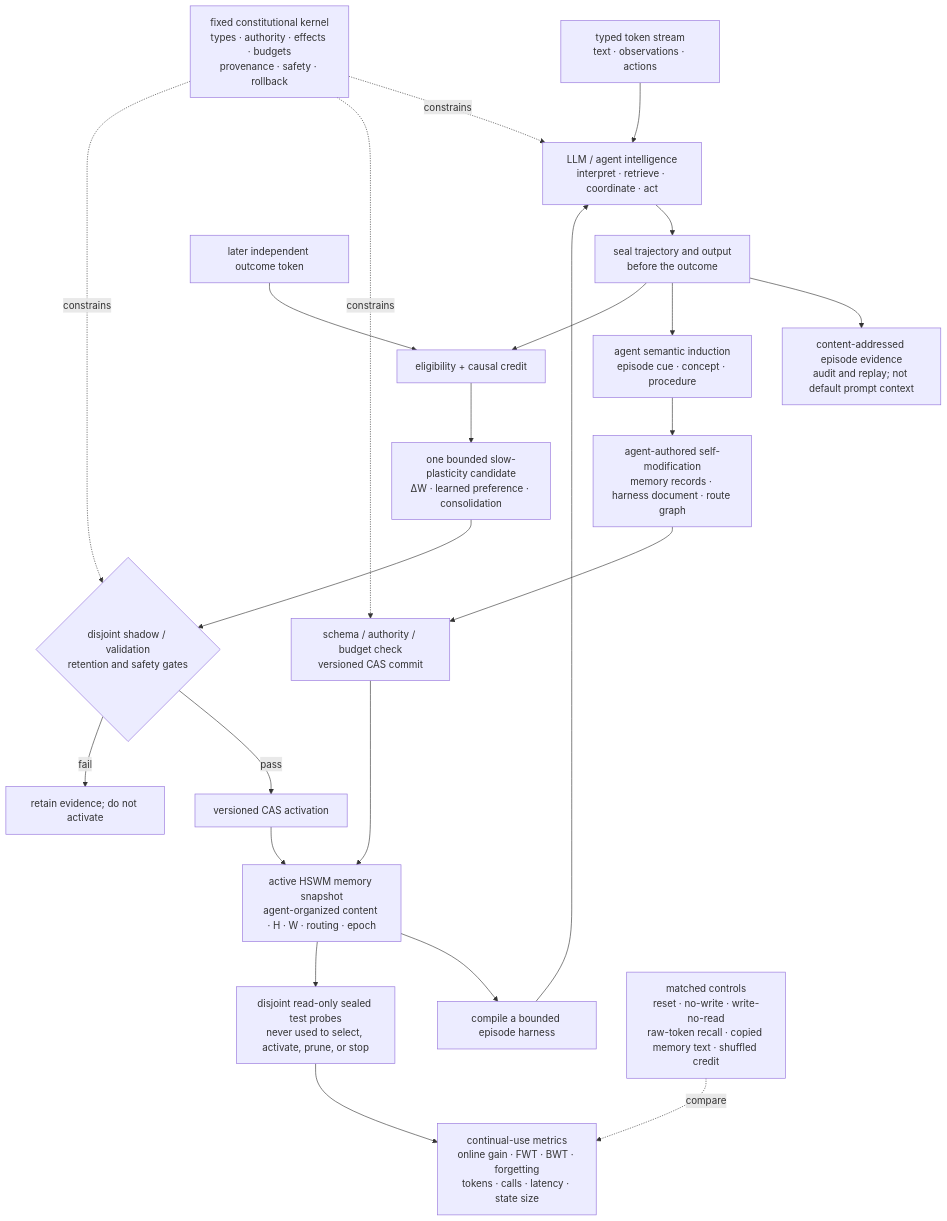
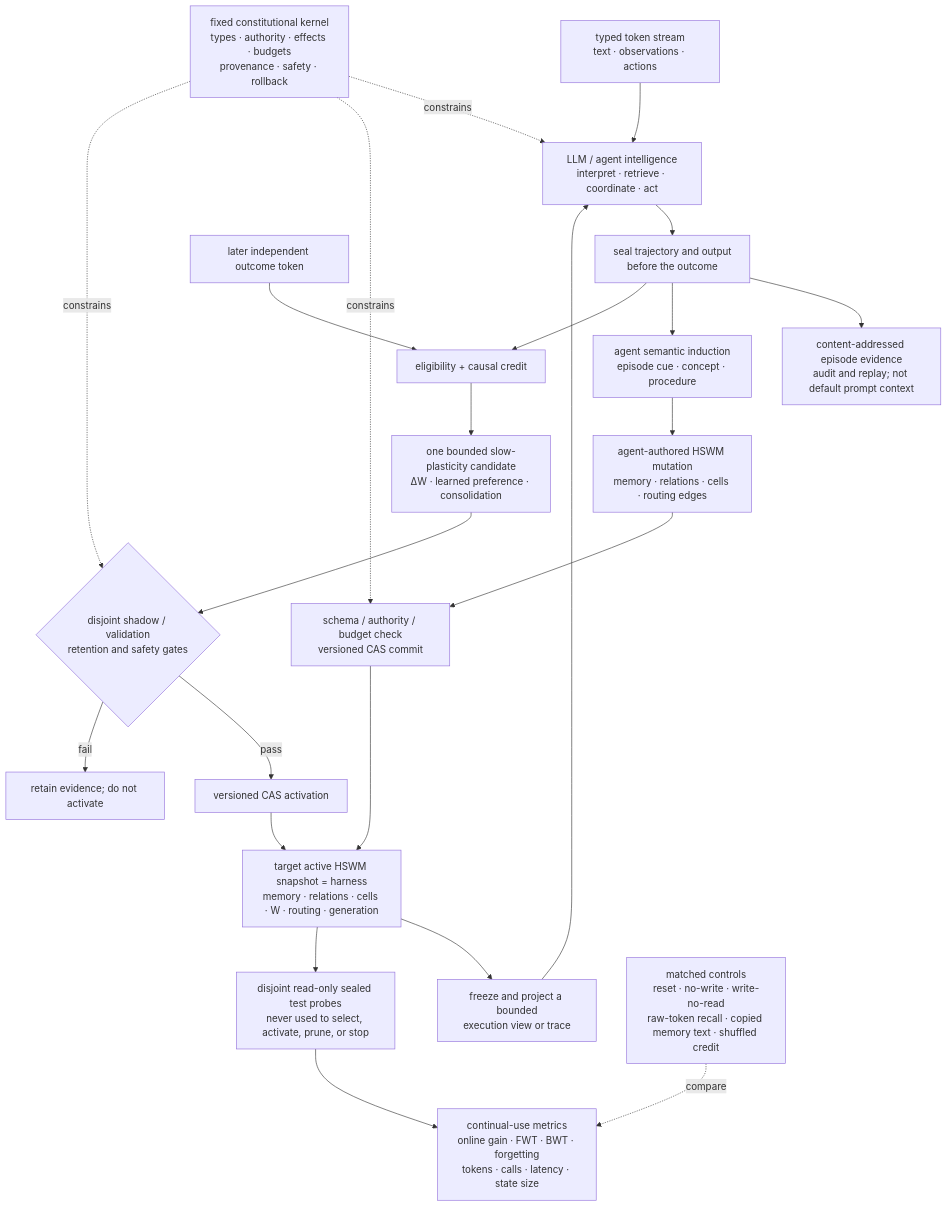
One commit to gj3447/HSWM changed the diagram in README.md. Above: the diagram before and after it, drawn with Mermaid. The commit also changed other lines of this file and 10 other files, not shown here.

Commit message:
Make HSWM structure the executable harness

````diff
--- a/README.md
+++ b/README.md
@@ -171,29 +175,29 @@
 ```mermaid
 flowchart TB
   TOK["typed token stream<br/>text · observations · actions"] --> RUN
-  STATE["active HSWM memory snapshot<br/>agent-organized content · H · W · routing · epoch"] --> HARNESS
-  HARNESS["compile a bounded episode harness"] --> RUN["LLM / agent intelligence<br/>interpret · retrieve · coordinate · act"]
+  STATE["target active HSWM snapshot = harness<br/>memory · relations · cells · W · routing · generation"] --> PROJECT
+  PROJECT["freeze and project a bounded<br/>execution view or trace"] --> RUN["LLM / agent intelligence<br/>interpret · retrieve · coordinate · act"]
   RUN --> SEALED["seal trajectory and output<br/>before the outcome"]
 
   SEALED --> EVIDENCE["content-addressed episode evidence<br/>audit and replay; not default prompt context"]
   SEALED --> INDUCE["agent semantic induction<br/>episode cue · concept · procedure"]
-  INDUCE --> SELFWRITE["agent-authored self-modification<br/>memory records · harness document · route graph"]
+  INDUCE --> SELFWRITE["agent-authored HSWM mutation<br/>memory · relations · cells · routing edges"]
   SELFWRITE --> SELFCAS["schema / authority / budget check<br/>versioned CAS commit"]
   SELFCAS --> STATE
 
   OUTCOME["later independent outcome token"] --> CREDIT
   SEALED --> CREDIT["eligibility + causal credit"]
   CREDIT --> CAND["one bounded slow-plasticity candidate<br/>ΔW · learned preference · consolidation"]
   CAND --> GATE{"disjoint shadow / validation<br/>retention and safety gates"}
   GATE -->|pass| CAS["versioned CAS activation"]
   GATE -->|fail| ARCHIVE["retain evidence; do not activate"]
   CAS --> STATE
 
   STATE --> PROBE["disjoint read-only sealed test probes<br/>never used to select, activate, prune, or stop"]
   PROBE --> METRICS["continual-use metrics<br/>online gain · FWT · BWT · forgetting<br/>tokens · calls · latency · state size"]
   CONTROLS["matched controls<br/>reset · no-write · write-no-read<br/>raw-token recall · copied memory text · shuffled credit"] -. compare .-> METRICS
 
   KERNEL["fixed constitutional kernel<br/>types · authority · effects · budgets<br/>provenance · safety · rollback"] -. constrains .-> RUN
   KERNEL -. constrains .-> SELFCAS
   KERNEL -. constrains .-> GATE
 ```
````
